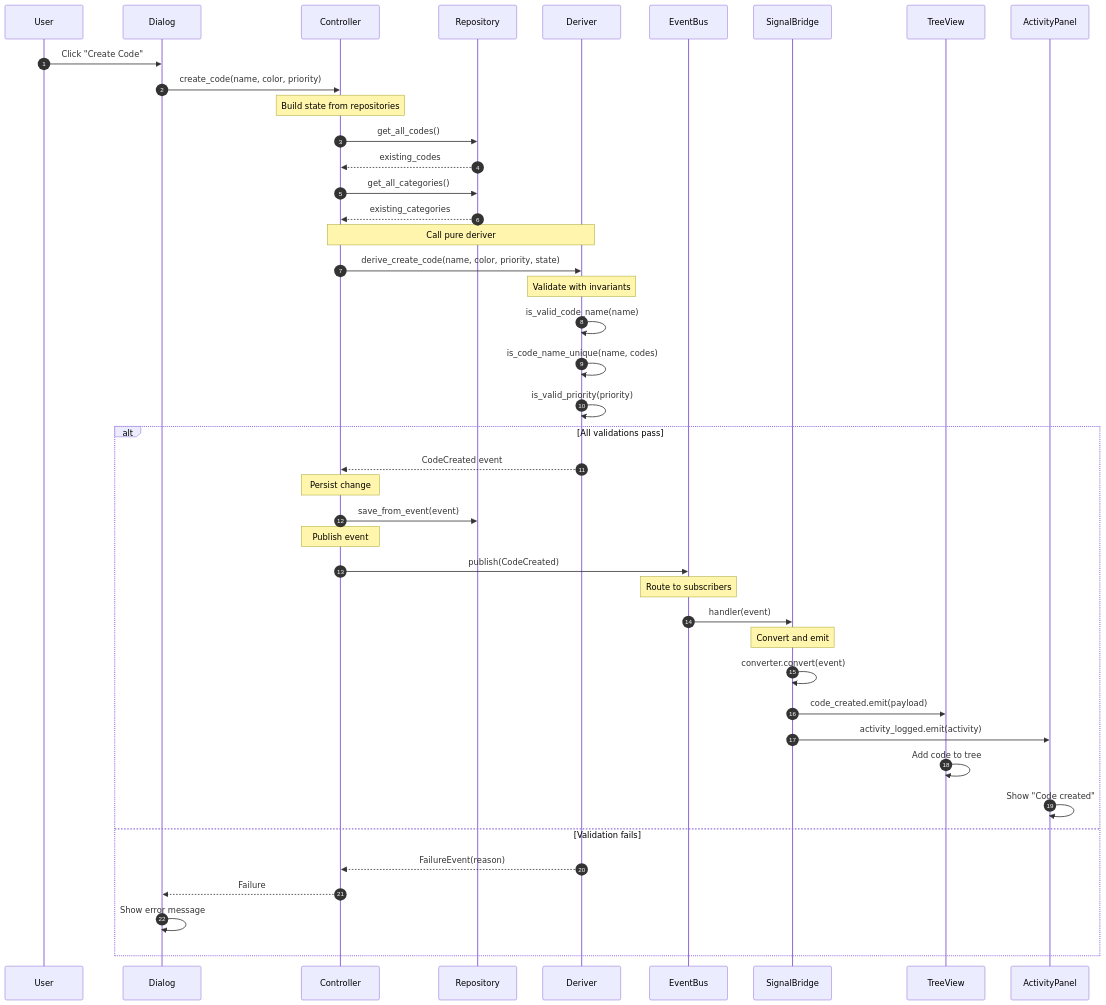
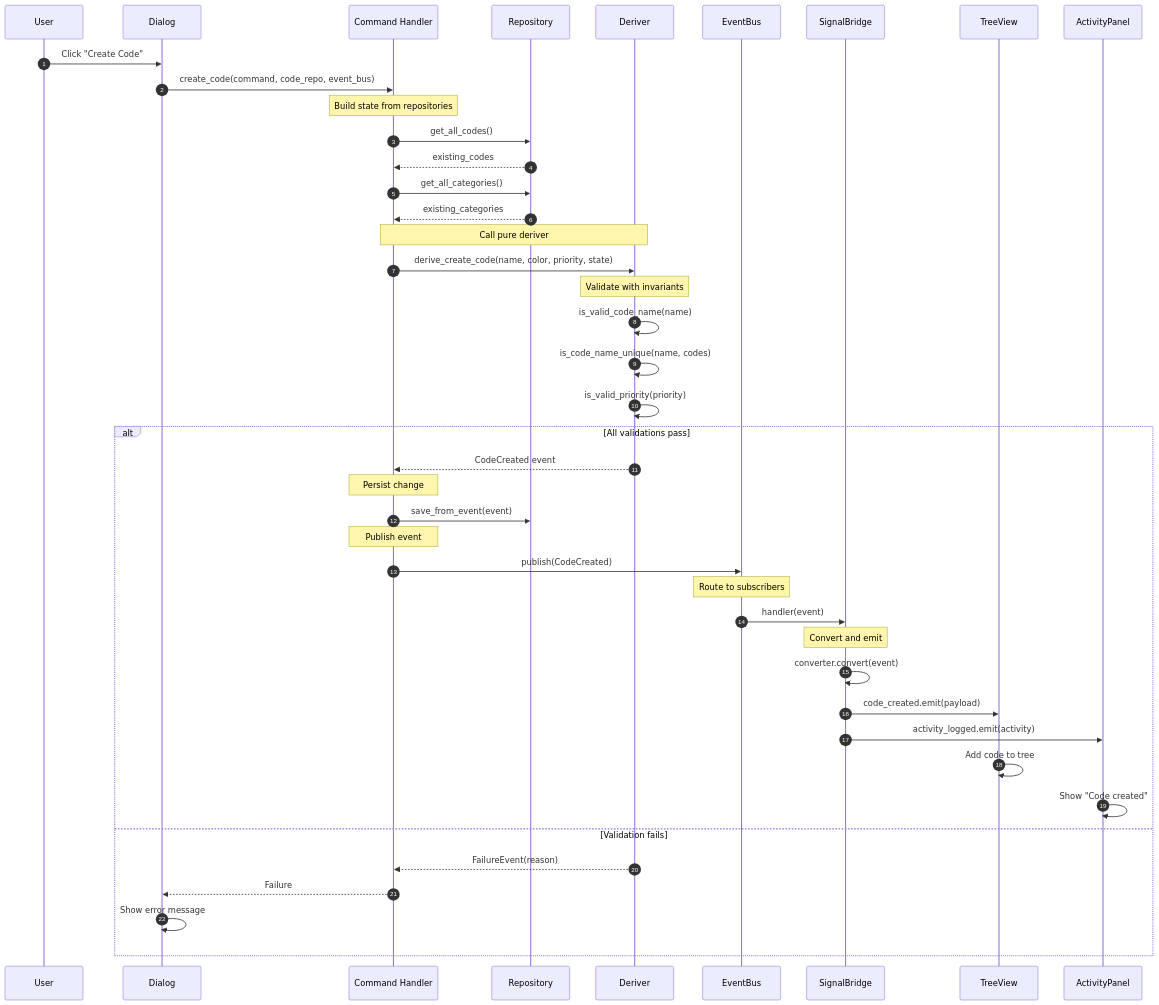
One commit to scope-impact/QualCoder-v2 changed the second of 4 diagrams in docs/tutorials/07-complete-flow.md. Above: the diagram before and after it, drawn with Mermaid. The commit also changed other lines of this file and 8 other files, not shown here.

First line of the commit message:
docs(tutorials): align onboarding with actual project architecture

````diff
--- a/docs/tutorials/07-complete-flow.md
+++ b/docs/tutorials/07-complete-flow.md
@@ -104,54 +108,54 @@
 ```mermaid
 sequenceDiagram
     autonumber
     participant U as User
     participant D as Dialog
-    participant C as Controller
+    participant C as Command Handler
     participant R as Repository
     participant DV as Deriver
     participant EB as EventBus
     participant SB as SignalBridge
     participant TV as TreeView
     participant AP as ActivityPanel
 
     U->>D: Click "Create Code"
-    D->>C: create_code(name, color, priority)
+    D->>C: create_code(command, code_repo, event_bus)
 
     Note over C: Build state from repositories
     C->>R: get_all_codes()
     R-->>C: existing_codes
     C->>R: get_all_categories()
     R-->>C: existing_categories
 
     Note over C,DV: Call pure deriver
     C->>DV: derive_create_code(name, color, priority, state)
 
     Note over DV: Validate with invariants
     DV->>DV: is_valid_code_name(name)
     DV->>DV: is_code_name_unique(name, codes)
     DV->>DV: is_valid_priority(priority)
 
     alt All validations pass
         DV-->>C: CodeCreated event
         Note over C: Persist change
         C->>R: save_from_event(event)
 
         Note over C: Publish event
         C->>EB: publish(CodeCreated)
 
         Note over EB: Route to subscribers
         EB->>SB: handler(event)
 
         Note over SB: Convert and emit
         SB->>SB: converter.convert(event)
         SB->>TV: code_created.emit(payload)
         SB->>AP: activity_logged.emit(activity)
 
         TV->>TV: Add code to tree
         AP->>AP: Show "Code created"
     else Validation fails
         DV-->>C: FailureEvent(reason)
         C-->>D: Failure
         D->>D: Show error message
     end
 ```
````
